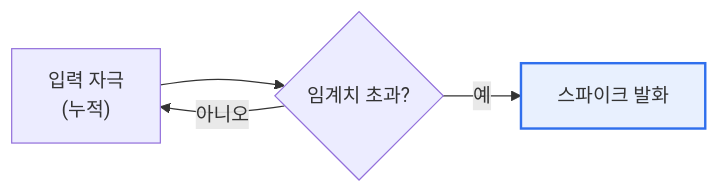
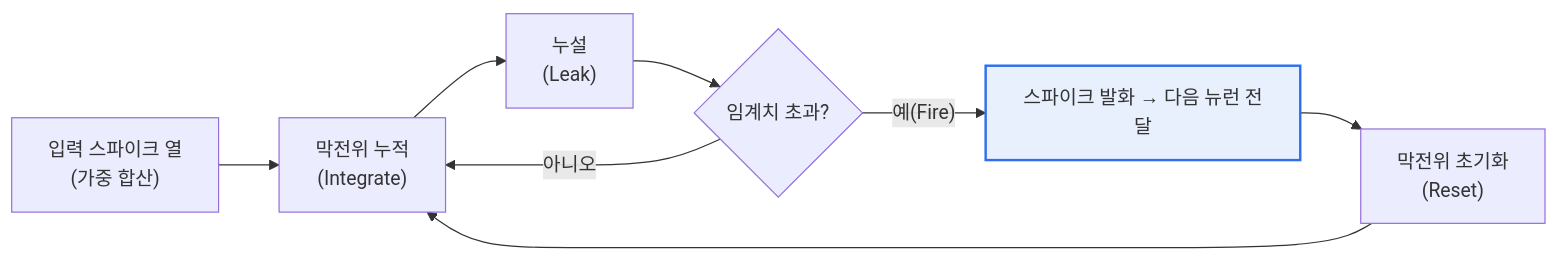
The first of 2 diagrams in content/snn.md (coninggu/wjdqhrhksflrltnftk), drawn with Mermaid before and after one commit. The commit also changed other lines of this file and 3 other files, not shown here.

````diff
--- a/content/snn.md
+++ b/content/snn.md
@@ -19,7 +28,11 @@
 ```mermaid
 flowchart LR
-  I["입력 자극<br/>(누적)"] --> T{"임계치 초과?"}
-  T -->|예| S["스파이크 발화"]
-  T -->|아니오| I
-  style S fill:#e8f0fe,stroke:#2f6fed,stroke-width:2px
+  IN["입력 스파이크 열<br/>(가중 합산)"] --> ACC["막전위 누적<br/>(Integrate)"]
+  ACC --> LEAK["누설<br/>(Leak)"]
+  LEAK --> T{"임계치 초과?"}
+  T -->|"예(Fire)"| SPK["스파이크 발화 → 다음 뉴런 전달"]
+  SPK --> RST["막전위 초기화<br/>(Reset)"]
+  RST --> ACC
+  T -->|아니오| ACC
+  style SPK fill:#e8f0fe,stroke:#2f6fed,stroke-width:2px
 ```
````
